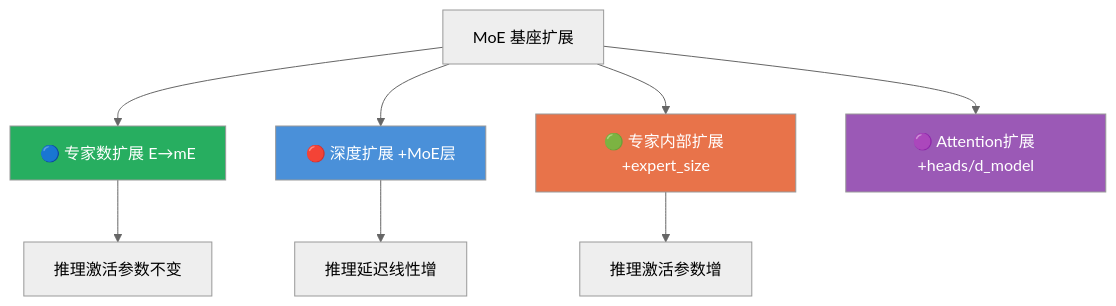
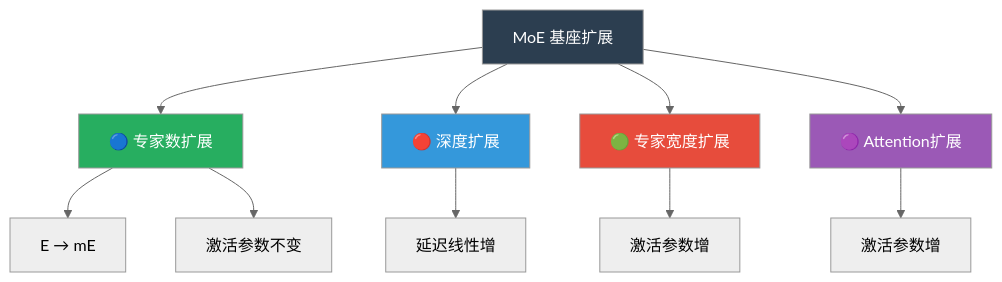
The tenth of 15 diagrams in docs/llm_param_expansion.md (jianzhnie/PCL-Model-Kit), drawn with Mermaid (neutral theme) before and after one commit. The commit also changed other lines of this file, not shown here.

````diff
--- a/docs/llm_param_expansion.md
+++ b/docs/llm_param_expansion.md
@@ -321,14 +384,17 @@
 ```mermaid
 graph TD
-    M["MoE 基座扩展"] --> E["🔵 专家数扩展 E→mE"]
-    M --> D["🔴 深度扩展 +MoE层"]
-    M --> W["🟢 专家内部扩展 +expert_size"]
-    M --> A["🟣 Attention扩展 +heads/d_model"]
-    E --> E1["推理激活参数不变"]
-    D --> D1["推理延迟线性增"]
-    W --> W1["推理激活参数增"]
+    M["MoE 基座扩展"] --> E["🔵 专家数扩展"]
+    M --> D["🔴 深度扩展"]
+    M --> W["🟢 专家宽度扩展"]
+    M --> A["🟣 Attention扩展"]
+    E --> E1["E → mE"]
+    E --> E2["激活参数不变"]
+    D --> D1["延迟线性增"]
+    W --> W1["激活参数增"]
+    A --> A1["激活参数增"]
+    style M fill:#2C3E50,color:#fff
     style E fill:#27AE60,color:#fff
-    style D fill:#4A90D9,color:#fff
-    style W fill:#E8734A,color:#fff
+    style D fill:#3498DB,color:#fff
+    style W fill:#E74C3C,color:#fff
     style A fill:#9B59B6,color:#fff
 ```
````
